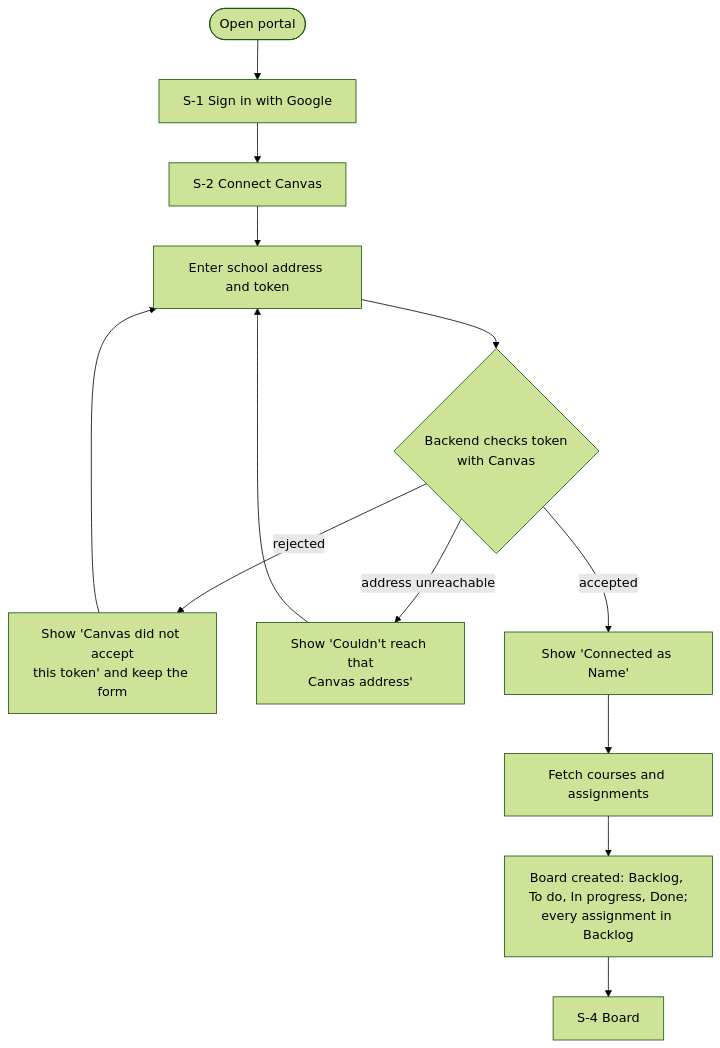
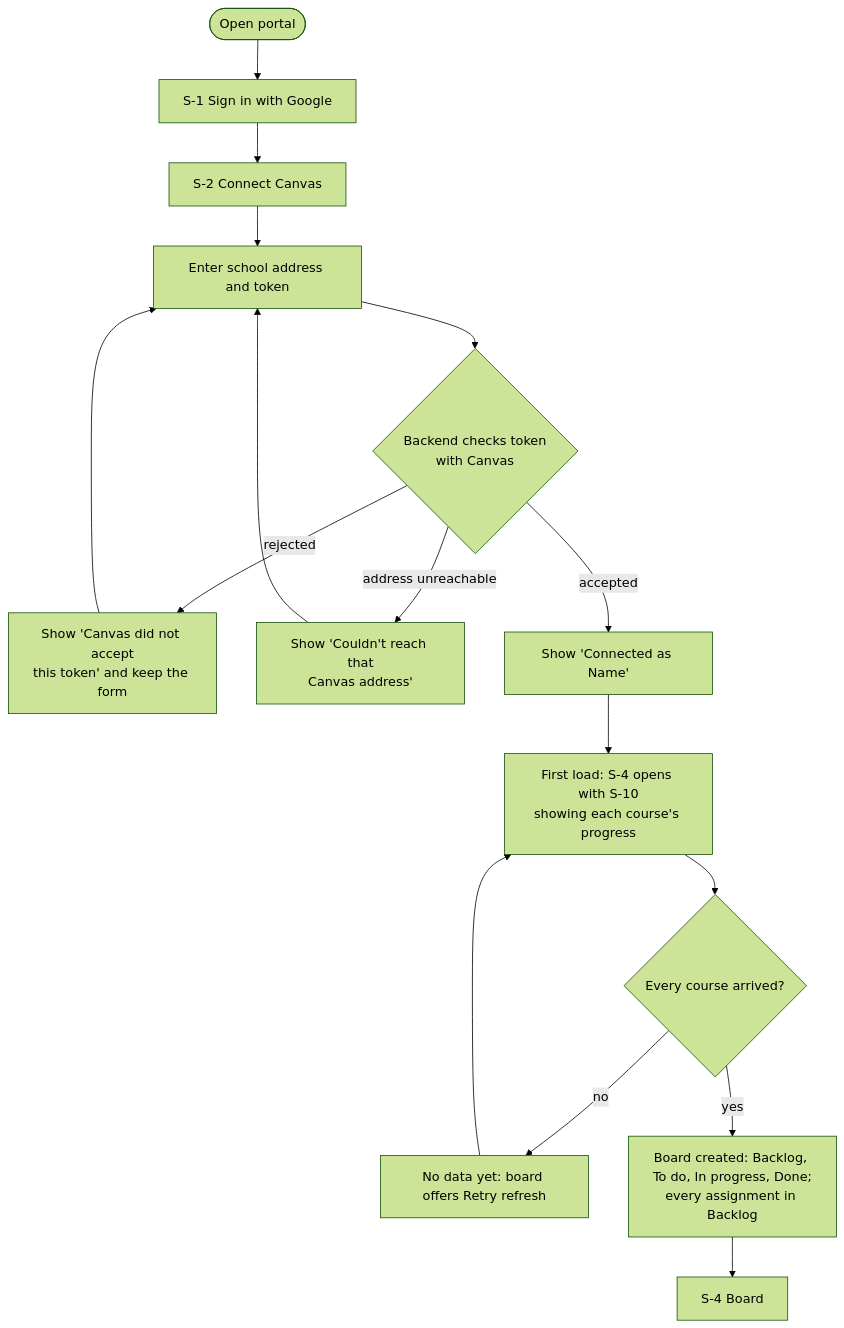
The second of 9 diagrams in docs/canvas-portal/04-ui-specification.md (bbranton/TestProj), drawn with Mermaid (forest theme) before and after one commit. The commit also changed other lines of this file, not shown here.

````diff
--- a/docs/canvas-portal/04-ui-specification.md
+++ b/docs/canvas-portal/04-ui-specification.md
@@ -402,15 +538,18 @@
 ```mermaid
 flowchart TD
     A([Open portal]) --> B[S-1 Sign in with Google]
     B --> C[S-2 Connect Canvas]
     C --> D[Enter school address and token]
     D --> E{Backend checks token<br/>with Canvas}
     E -- rejected --> F[Show 'Canvas did not accept<br/>this token' and keep the form]
     F --> D
     E -- address unreachable --> G[Show 'Couldn't reach that<br/>Canvas address']
     G --> D
     E -- accepted --> H[Show 'Connected as Name']
-    H --> I[Fetch courses and assignments]
-    I --> J[Board created: Backlog, To do, In progress, Done;<br/>every assignment in Backlog]
+    H --> I[First load: S-4 opens with S-10<br/>showing each course's progress]
+    I --> Z{Every course arrived?}
+    Z -- no --> Y[No data yet: board offers Retry refresh]
+    Y --> I
+    Z -- yes --> J[Board created: Backlog, To do, In progress, Done;<br/>every assignment in Backlog]
     J --> K[S-4 Board]
 ```
````
